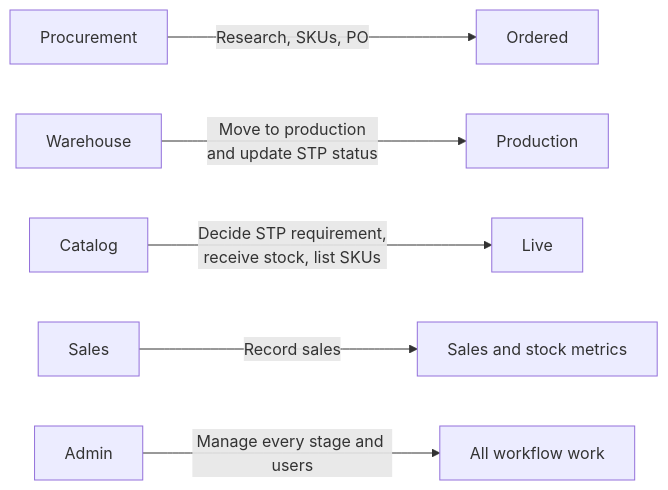
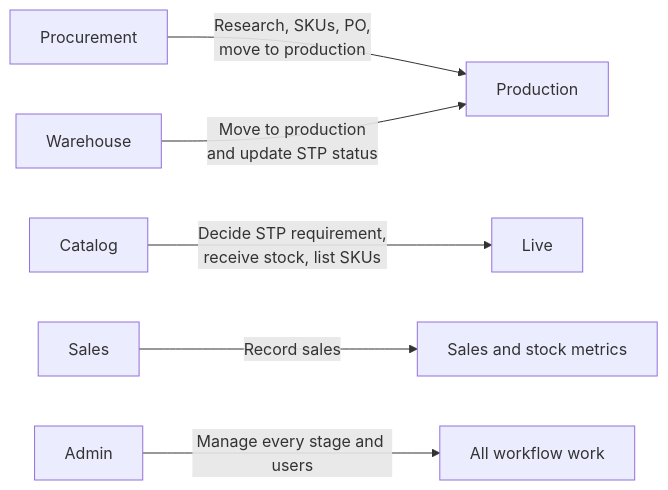
The third of 6 diagrams in README.md (pethupraveen/procurement-tracker), drawn with Mermaid before and after one commit. The commit also changed other lines of this file and 1 other file, not shown here.

Commit message:
Allow procurement to move work to production

```diff
--- a/README.md
+++ b/README.md
@@ -68,8 +68,8 @@
 ~~~mermaid
 flowchart LR
-    Procurement[Procurement] -->|Research, SKUs, PO| Ordered[Ordered]
+    Procurement[Procurement] -->|Research, SKUs, PO,<br/>move to production| Production[Production]
     Warehouse[Warehouse] -->|Move to production<br/>and update STP status| Production[Production]
     Catalog[Catalog] -->|Decide STP requirement,<br/>receive stock, list SKUs| Live[Live]
     Sales[Sales] -->|Record sales| Metrics[Sales and stock metrics]
     Admin[Admin] -->|Manage every stage and users| All[All workflow work]
 ~~~
```
